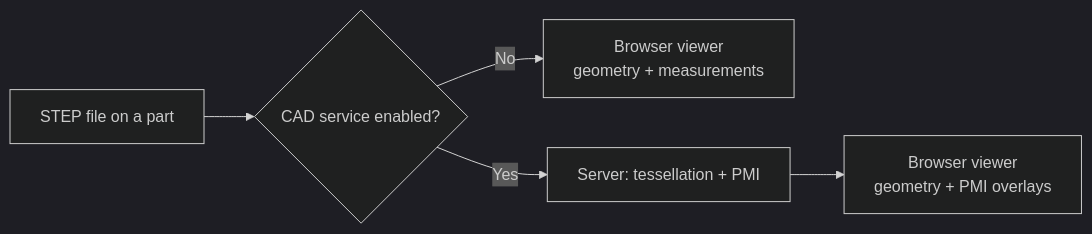
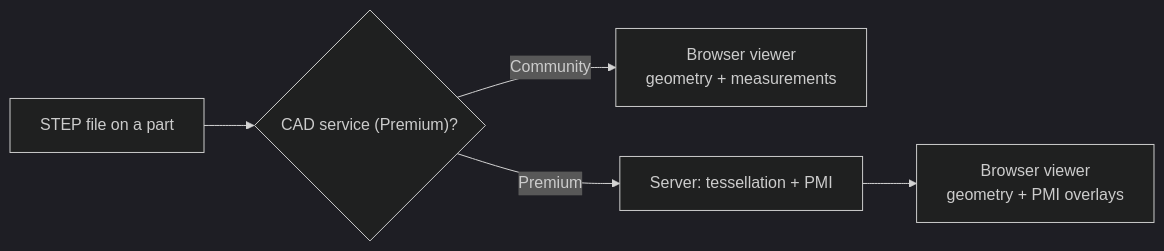
Before and after one commit to SheetMetalConnect/eryxon-flow: the diagram in website/src/content/docs/features/3d-viewer.md, drawn with Mermaid (dark theme). The commit also changed other lines of this file and 59 other files, not shown here.

````diff
--- a/website/src/content/docs/features/3d-viewer.md
+++ b/website/src/content/docs/features/3d-viewer.md
@@ -16,6 +18,6 @@
 ```mermaid
 flowchart LR
-  STEP["STEP file on a part"] --> Q{"CAD service enabled?"}
-  Q -->|No| BR["Browser viewer<br/>geometry + measurements"]
-  Q -->|Yes| SV["Server: tessellation + PMI"] --> BR2["Browser viewer<br/>geometry + PMI overlays"]
+  STEP["STEP file on a part"] --> Q{"CAD service (Premium)?"}
+  Q -->|Community| BR["Browser viewer<br/>geometry + measurements"]
+  Q -->|Premium| SV["Server: tessellation + PMI"] --> BR2["Browser viewer<br/>geometry + PMI overlays"]
 ```
````
